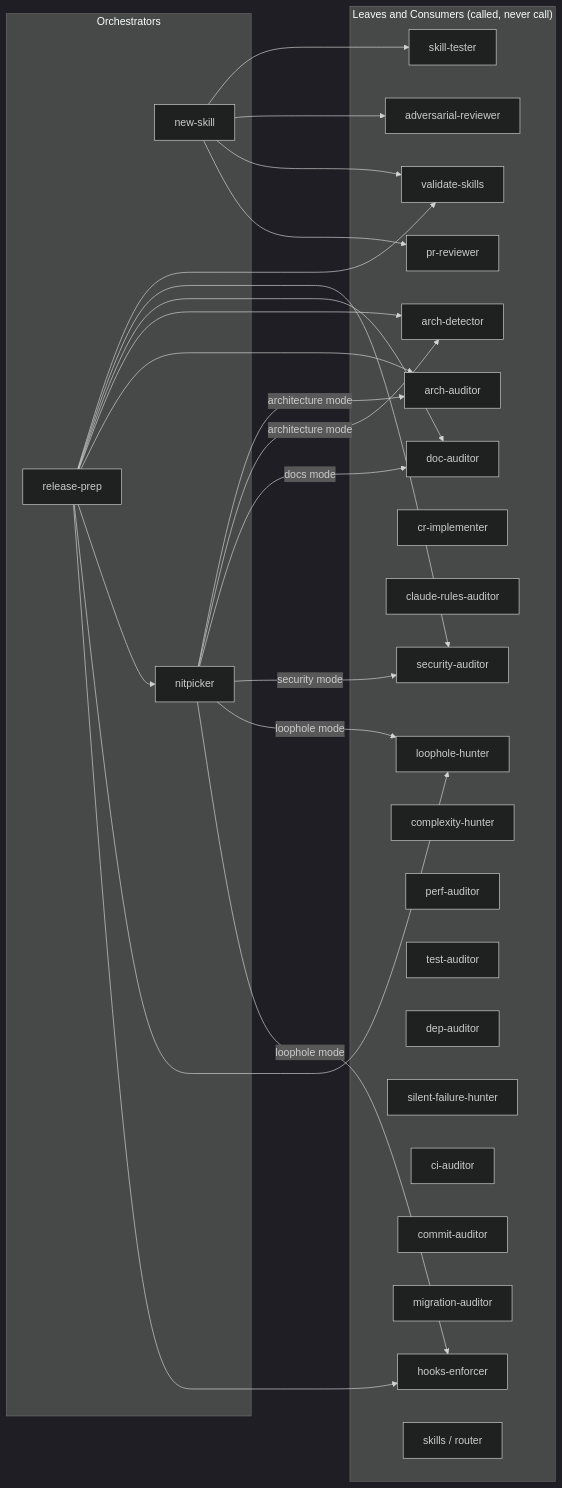
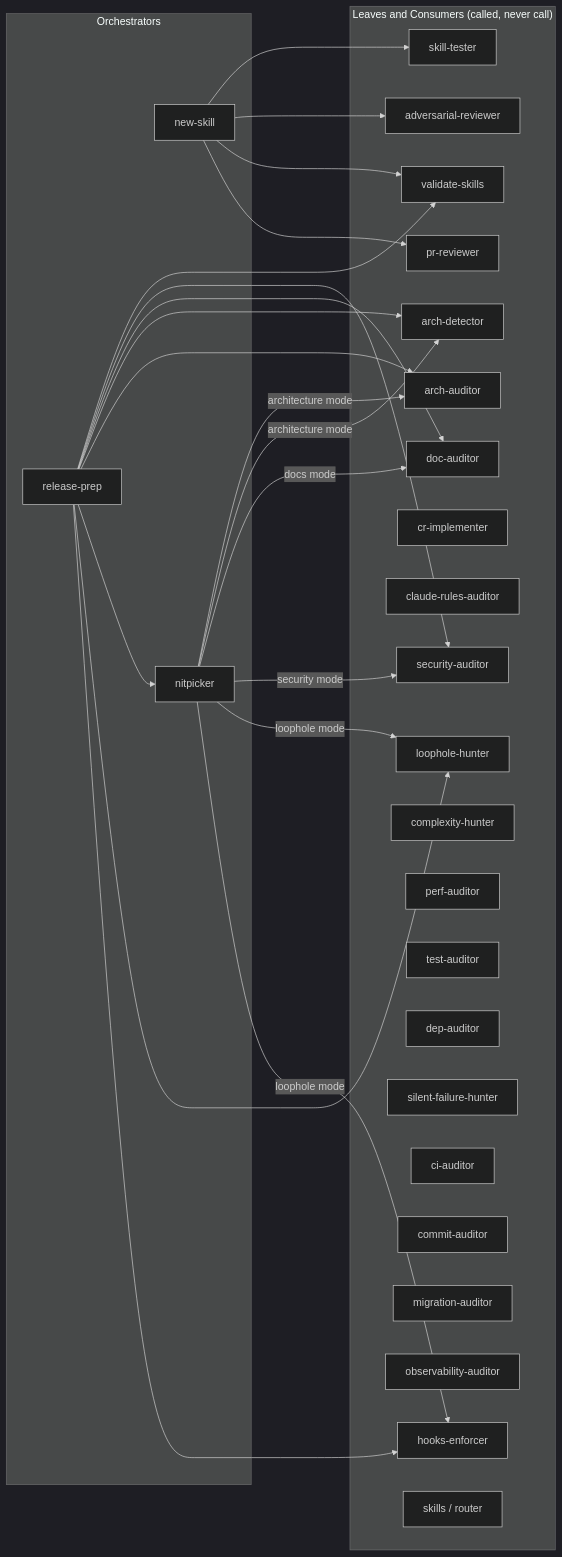
The sixth of 6 diagrams in .claude/skills/README.md (ivuorinen/skills), drawn with Mermaid (dark theme) before and after one commit. The commit also changed other lines of this file and 6 other files, not shown here.

Commit message:
feat: add observability-auditor skill (#40)

````diff
--- a/.claude/skills/README.md
+++ b/.claude/skills/README.md
@@ -339,53 +346,54 @@
 ```mermaid
 graph LR
     subgraph orchestrators["Orchestrators"]
         NS[new-skill]
         RP[release-prep]
         NP[nitpicker]
     end
 
     subgraph leaves["Leaves and Consumers (called, never call)"]
         AR[adversarial-reviewer]
         VS[validate-skills]
         AD[arch-detector]
         AA[arch-auditor]
         DA[doc-auditor]
         PR[pr-reviewer]
         SA[security-auditor]
         CRI[cr-implementer]
         CRA[claude-rules-auditor]
         LH[loophole-hunter]
         HE[hooks-enforcer]
         CH[complexity-hunter]
         PA[perf-auditor]
         TA[test-auditor]
         DEP[dep-auditor]
         SFH[silent-failure-hunter]
         CIA[ci-auditor]
         CMA[commit-auditor]
         MA[migration-auditor]
+        OBA[observability-auditor]
         ST[skill-tester]
         SK[skills / router]
     end
 
     NS --> ST
     NS --> AR
     NS --> VS
     NS --> PR
 
     RP --> VS
     RP --> SA
     RP --> DA
     RP --> AD
     RP --> AA
     RP --> NP
     RP --> LH
     RP --> HE
 
     NP -->|architecture mode| AA
     NP -->|architecture mode| AD
     NP -->|docs mode| DA
     NP -->|security mode| SA
     NP -->|loophole mode| LH
     NP -->|loophole mode| HE
 ```
````
